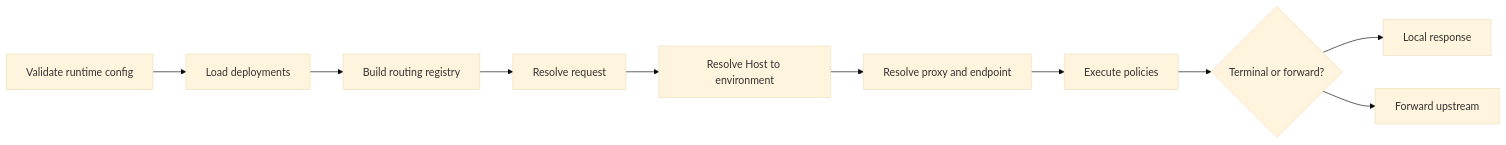
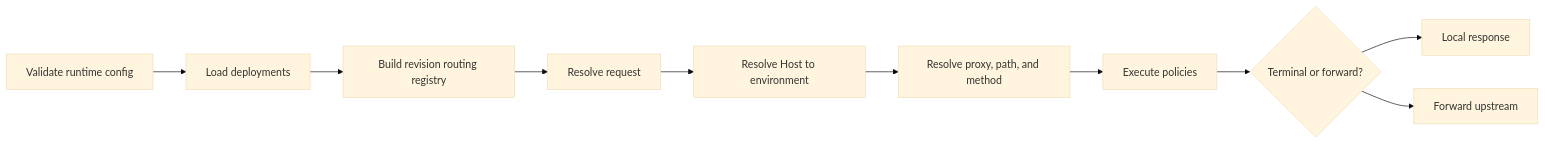
The diagram in docs/03-packages/gateway-core.md (c4rl0s04/api-gateway-platform), drawn with Mermaid (base theme) before and after one commit. The commit also changed other lines of this file and 1 other file, not shown here.

Commit message:
docs(gateway): document revision-aware routing

````diff
--- a/docs/03-packages/gateway-core.md
+++ b/docs/03-packages/gateway-core.md
@@ -47,12 +47,12 @@
 ```mermaid
 flowchart LR
     ENV["Validate runtime config"] --> LOAD["Load deployments"]
-    LOAD --> REGISTRY["Build routing registry"]
+    LOAD --> REGISTRY["Build revision routing registry"]
     REGISTRY --> REQUEST["Resolve request"]
     REQUEST --> HOST["Resolve Host to environment"]
-    HOST --> ROUTE["Resolve proxy and endpoint"]
+    HOST --> ROUTE["Resolve proxy, path, and method"]
     ROUTE --> PIPELINE["Execute policies"]
     PIPELINE --> RESULT{"Terminal or forward?"}
     RESULT --> LOCAL["Local response"]
     RESULT --> FORWARD["Forward upstream"]
 ```
````
